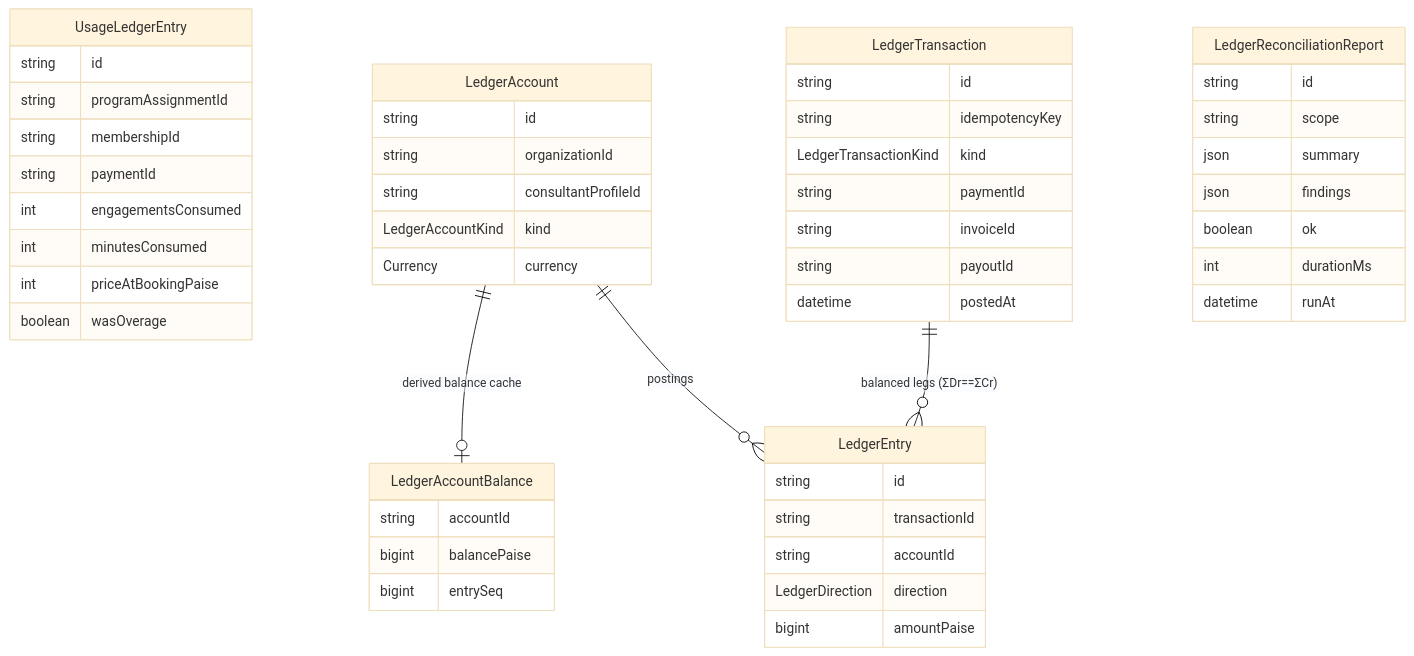
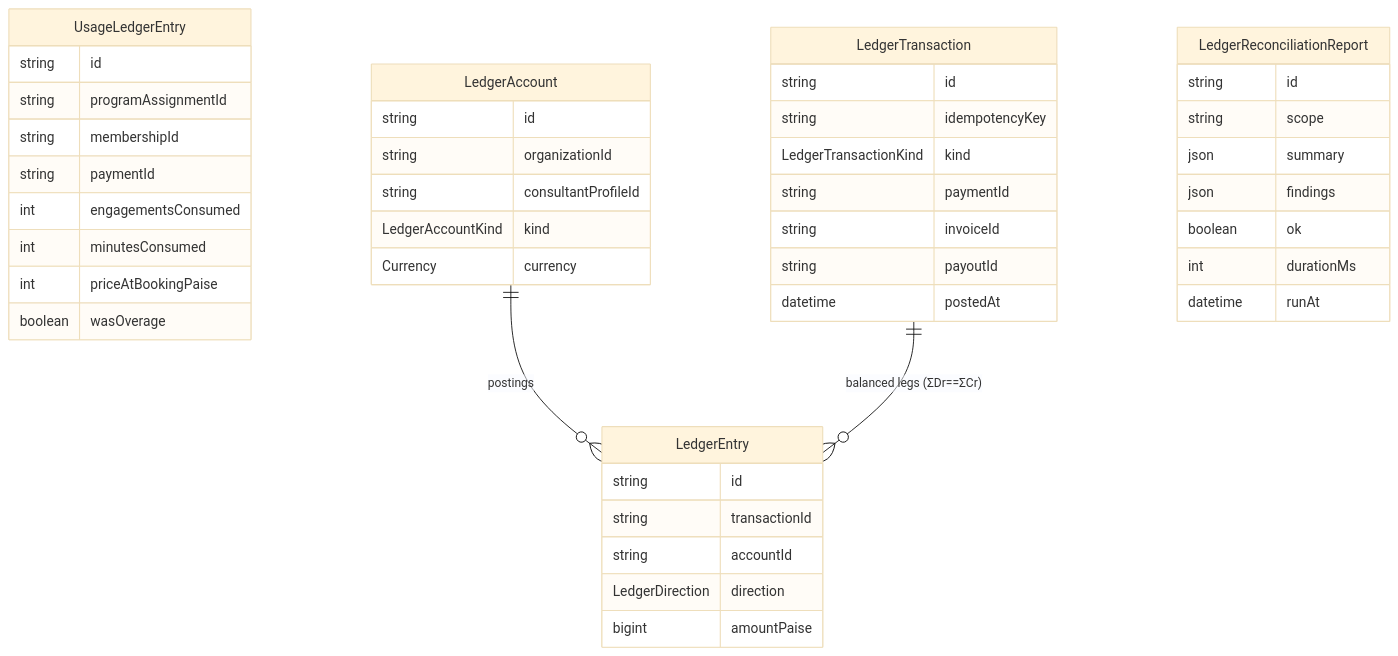
Before and after one commit to Practitionist/familiarise_web: diagram 21 of 24 in docs/prisma/00-schema-map.md, drawn with Mermaid (base theme). The commit also changed other lines of this file and 10 other files, not shown here.

Commit message:
fix(#2230): remove the dead LedgerAccountBalance model

````diff
--- a/docs/prisma/00-schema-map.md
+++ b/docs/prisma/00-schema-map.md
@@ -1607,54 +1607,48 @@
 ```mermaid
 erDiagram
     UsageLedgerEntry {
         string id
         string programAssignmentId
         string membershipId
         string paymentId
         int engagementsConsumed
         int minutesConsumed
         int priceAtBookingPaise
         boolean wasOverage
     }
     LedgerAccount {
         string id
         string organizationId
         string consultantProfileId
         LedgerAccountKind kind
         Currency currency
-    }
-    LedgerAccountBalance {
-        string accountId
-        bigint balancePaise
-        bigint entrySeq
     }
     LedgerTransaction {
         string id
         string idempotencyKey
         LedgerTransactionKind kind
         string paymentId
         string invoiceId
         string payoutId
         datetime postedAt
     }
     LedgerEntry {
         string id
         string transactionId
         string accountId
         LedgerDirection direction
         bigint amountPaise
     }
     LedgerReconciliationReport {
         string id
         string scope
         json summary
         json findings
         boolean ok
         int durationMs
         datetime runAt
     }
 
-    LedgerAccount ||--o| LedgerAccountBalance : "derived balance cache"
     LedgerAccount ||--o{ LedgerEntry : "postings"
     LedgerTransaction ||--o{ LedgerEntry : "balanced legs (ΣDr==ΣCr)"
 ```
````
